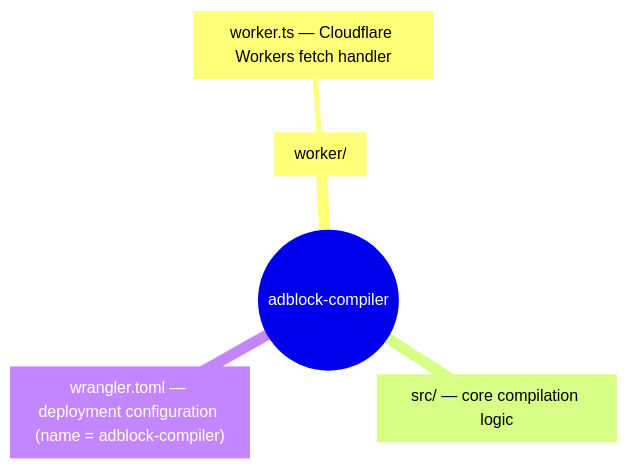
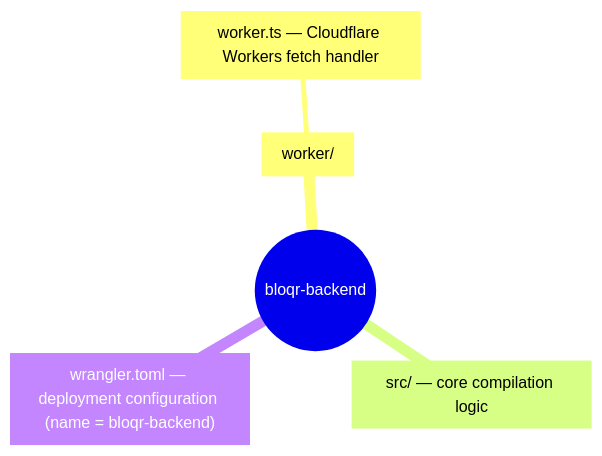
One commit to jaypatrick/adblock-compiler changed the first of 4 diagrams in docs/deployment/CLOUDFLARE_WORKERS_ARCHITECTURE.md. Above: the diagram before and after it, drawn with Mermaid. The commit also changed other lines of this file and 252 other files, not shown here.

First line of the commit message:
chore: rename Cloudflare Worker names from adblock- to bloqr- (bloqr-compiler → bloqr-backend) (#1762)

````diff
--- a/docs/deployment/CLOUDFLARE_WORKERS_ARCHITECTURE.md
+++ b/docs/deployment/CLOUDFLARE_WORKERS_ARCHITECTURE.md
@@ -40,8 +40,8 @@
 ```mermaid
 mindmap
-  root((adblock-compiler))
+  root((bloqr-backend))
     worker["worker/"]
       workerTs["worker.ts — Cloudflare Workers fetch handler"]
     src["src/ — core compilation logic"]
-    wrangler["wrangler.toml — deployment configuration (name = adblock-compiler)"]
+    wrangler["wrangler.toml — deployment configuration (name = bloqr-backend)"]
 ```
````
